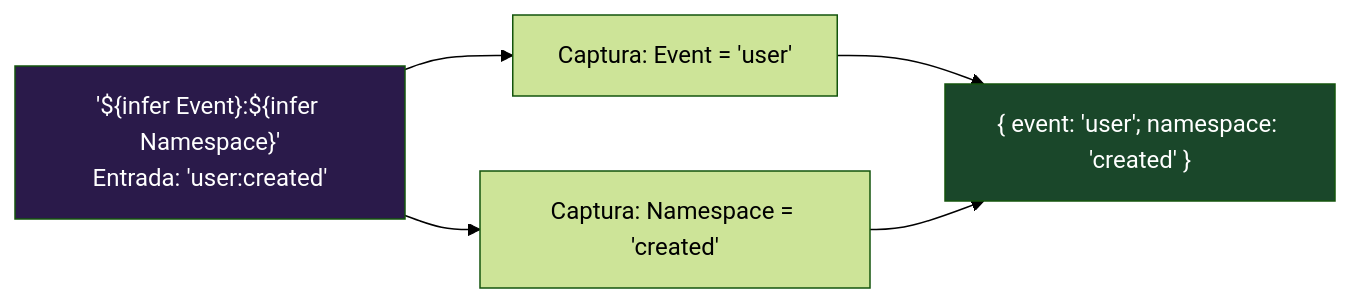
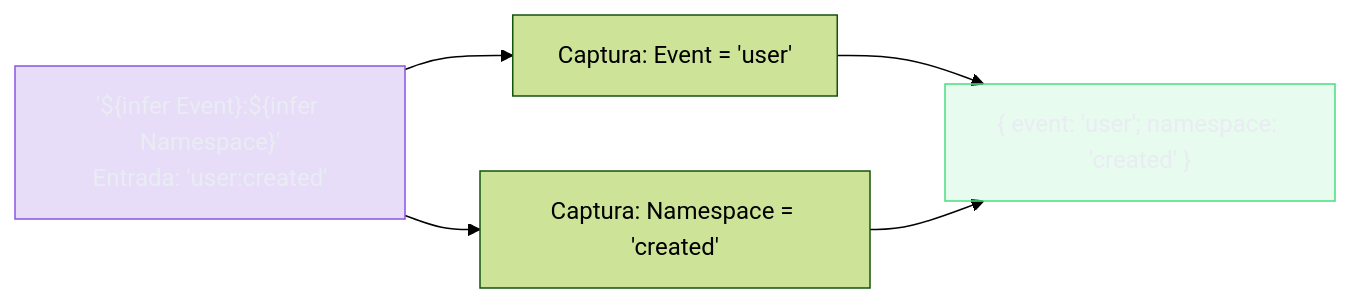
Before and after one commit to josenaldo/codex-technomanticus: the third of 4 diagrams in 03-Dominios/Tecnologia/TypeScript/17 - Template literal types.md, drawn with Mermaid (forest theme). The commit also changed other lines of this file and 1181 other files, not shown here.

First line of the commit message:
fix(diagramas): paleta do sistema no lugar de cor cravada no markdown

````diff
--- a/03-Dominios/Tecnologia/TypeScript/17 - Template literal types.md
+++ b/03-Dominios/Tecnologia/TypeScript/17 - Template literal types.md
@@ -229,12 +233,14 @@
 ```mermaid
 flowchart LR
+    classDef marca fill:#8855DF33,stroke:#8855DF,color:#E9ECF2
+    classDef ok fill:#4ADE8021,stroke:#4ADE80,color:#E9ECF2
     IN["'${infer Event}:${infer Namespace}'\nEntrada: 'user:created'"]
     M1["Captura: Event = 'user'"]
     M2["Captura: Namespace = 'created'"]
     OUT["{ event: 'user'; namespace: 'created' }"]
 
     IN --> M1 & M2 --> OUT
 
-    style IN fill:#2a1a4a,color:#fff
-    style OUT fill:#1a472a,color:#fff
+    class IN marca
+    class OUT ok
 ```
````
